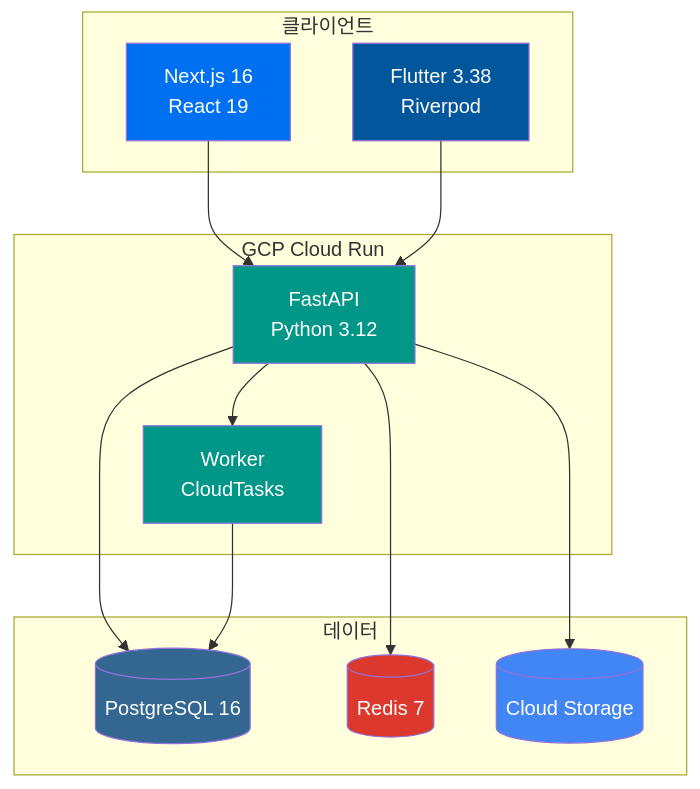
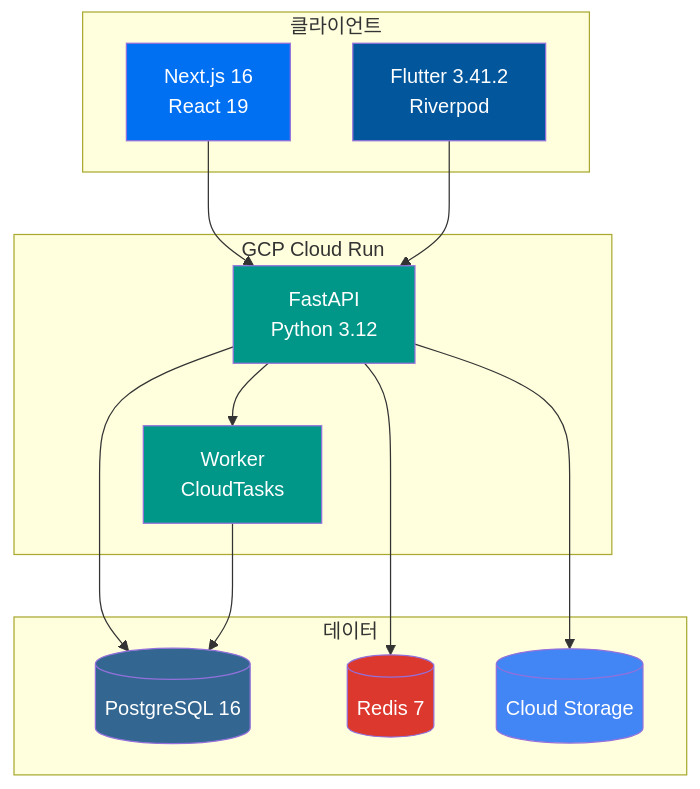
The first of 2 diagrams in README.ko.md (first-fluke/fullstack-starter), drawn with Mermaid before and after one commit. The commit also changed other lines of this file and 42 other files, not shown here.

Commit message:
chore(mobile): upgrade flutter to 3.41.2 and refresh generated clients

````diff
--- a/README.ko.md
+++ b/README.ko.md
@@ -16,34 +16,34 @@
 ```mermaid
 graph TB
     subgraph Client["클라이언트"]
         Web[Next.js 16<br/>React 19]
-        Mobile[Flutter 3.38<br/>Riverpod]
+        Mobile[Flutter 3.41.2<br/>Riverpod]
     end
 
     subgraph GCP["GCP Cloud Run"]
         API[FastAPI<br/>Python 3.12]
         Worker[Worker<br/>CloudTasks]
     end
 
     subgraph Data["데이터"]
         DB[(PostgreSQL 16)]
         Cache[(Redis 7)]
         Storage[(Cloud Storage)]
     end
 
     Web --> API
     Mobile --> API
     API --> DB
     API --> Cache
     API --> Worker
     Worker --> DB
     API --> Storage
 
     style Web fill:#0070f3,color:#fff
     style Mobile fill:#02569B,color:#fff
     style API fill:#009688,color:#fff
     style Worker fill:#009688,color:#fff
     style DB fill:#336791,color:#fff
     style Cache fill:#DC382D,color:#fff
     style Storage fill:#4285F4,color:#fff
 ```
````
